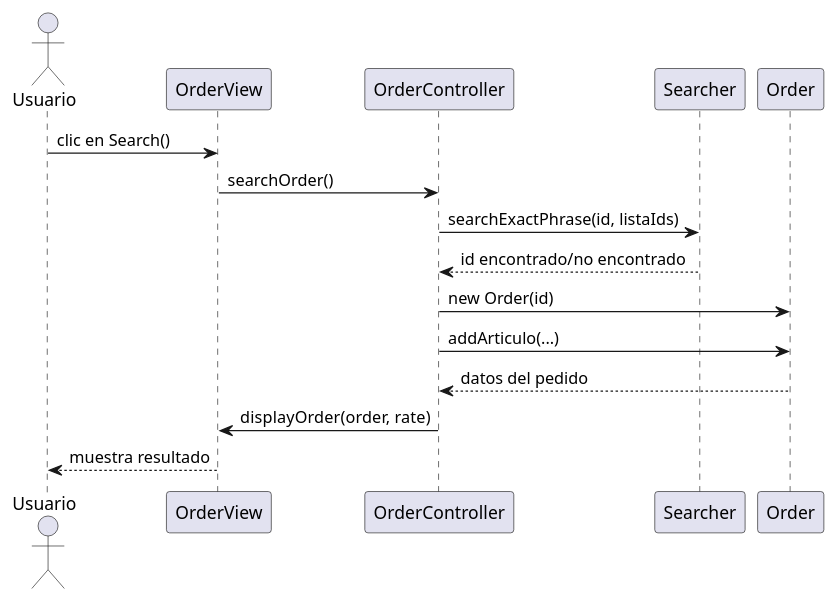
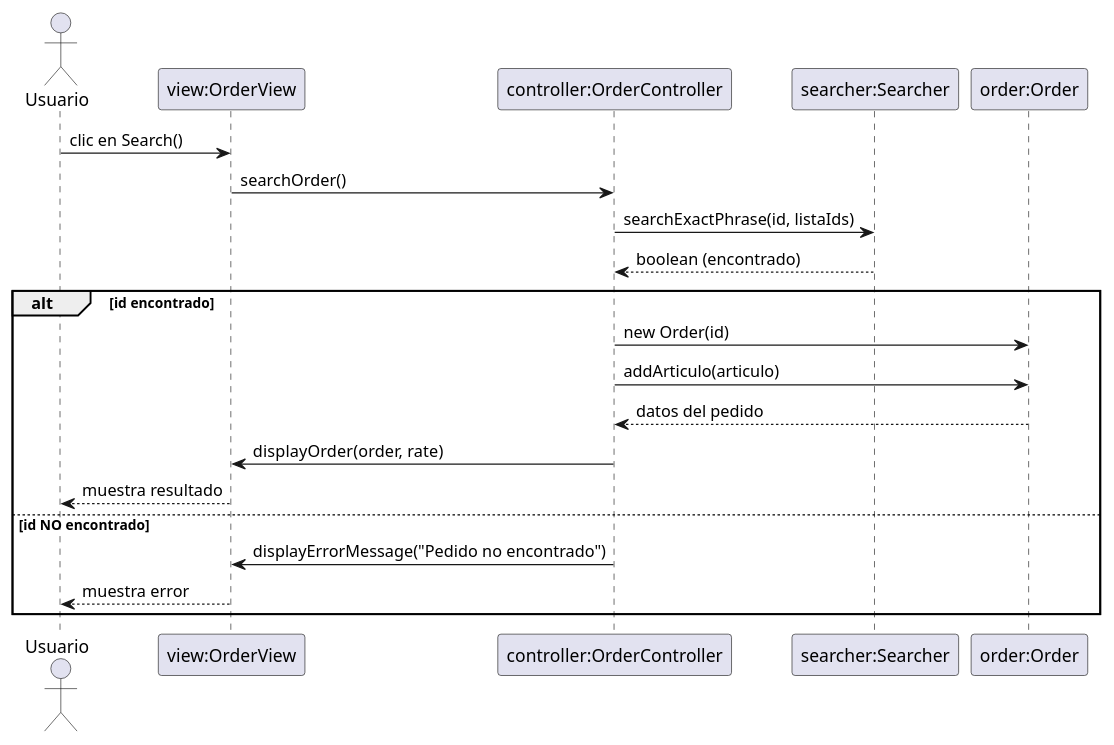
One commit to AlejandroRodasSamblasUniversidadEuropea/alejandro-rodas changed the diagram in src/main/resources/images/plantuml/DiagramaSecuencia.puml. Above: the diagram before and after it, drawn with PlantUML. The commit also changed other lines of this file and 3 other files, not shown here.

```diff
--- a/src/main/resources/images/plantuml/DiagramaSecuencia.puml
+++ b/src/main/resources/images/plantuml/DiagramaSecuencia.puml
@@ -6,22 +1,24 @@
-@startuml
+@startuml SecuenciaBusquedaPedido
 actor Usuario
+participant "view:OrderView" as OV
+participant "controller:OrderController" as OC
+participant "searcher:Searcher" as S
+participant "order:Order" as O
 
-participant OrderView
-participant OrderController
-participant Searcher
-participant Order
+Usuario -> OV : clic en Search()
+OV -> OC : searchOrder()
 
-Usuario -> OrderView : clic en Search()
-OrderView -> OrderController : searchOrder()
+OC -> S : searchExactPhrase(id, listaIds)
+S --> OC : boolean (encontrado)
 
-OrderController -> Searcher : searchExactPhrase(id, listaIds)
-Searcher --> OrderController : id encontrado/no encontrado
-
-OrderController -> Order : new Order(id)
-OrderController -> Order : addArticulo(...)
-Order --> OrderController : datos del pedido
-
-OrderController -> OrderView : displayOrder(order, rate)
-OrderView --> Usuario : muestra resultado
-
+alt id encontrado
+    OC -> O : new Order(id)
+    OC -> O : addArticulo(articulo)
+    O --> OC : datos del pedido
+    OC -> OV : displayOrder(order, rate)
+    OV --> Usuario : muestra resultado
+else id NO encontrado
+    OC -> OV : displayErrorMessage("Pedido no encontrado")
+    OV --> Usuario : muestra error
+end
 @enduml
```
